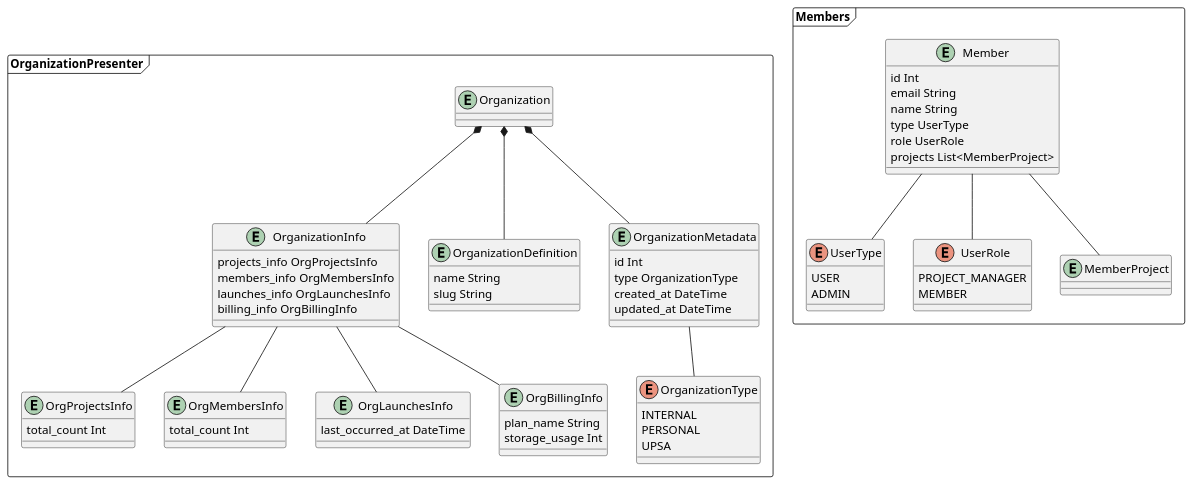
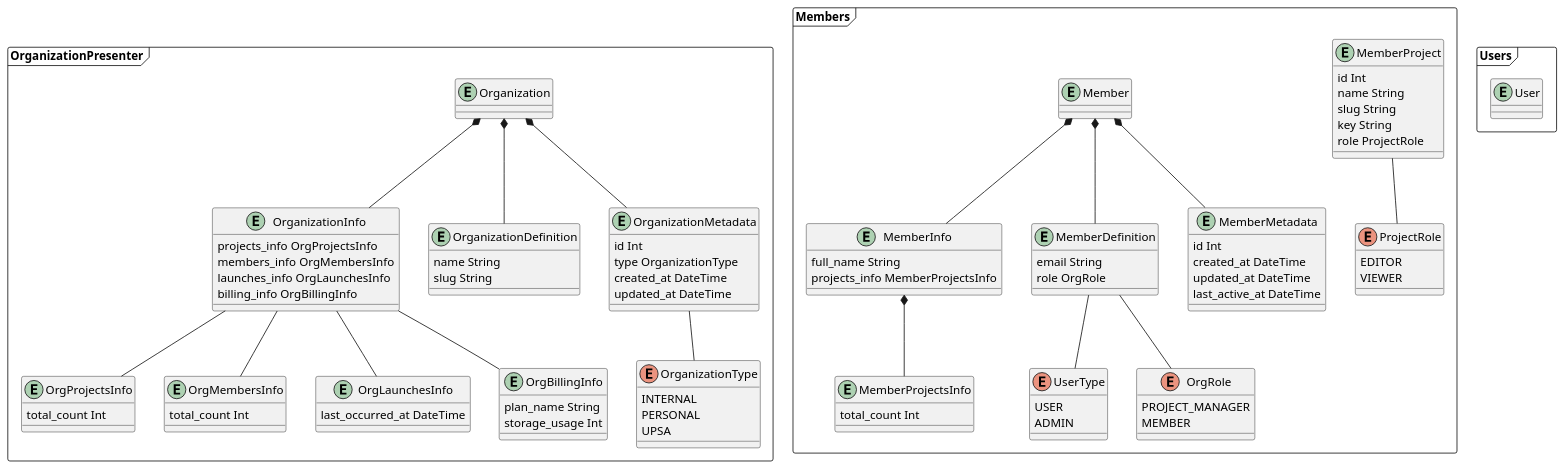
The diagram in docs/organizations/orgnizations.puml (reportportal/api-registry), drawn with PlantUML before and after one commit.

Commit message:
Refactor organization entities and add member-related entities

```diff
--- a/docs/organizations/orgnizations.puml
+++ b/docs/organizations/orgnizations.puml
@@ -5,88 +5,119 @@
 @startuml organizational-entities
 
 frame OrganizationPresenter {
-
+  entity Organization
+  
   entity OrganizationDefinition {
     name String
     slug String
   }
 
   entity OrganizationMetadata {
     id Int
     type OrganizationType
     created_at DateTime
     updated_at DateTime
   }
 
   entity OrganizationInfo {
     projects_info OrgProjectsInfo
     members_info OrgMembersInfo
     launches_info OrgLaunchesInfo
     billing_info OrgBillingInfo
   }
 
   entity OrgProjectsInfo {
     total_count Int
   }
   OrgProjectsInfo -up- OrganizationInfo
 
   entity OrgMembersInfo {
     total_count Int
   }
   OrgMembersInfo -up- OrganizationInfo
 
   entity OrgLaunchesInfo {
     last_occurred_at DateTime
   }
   OrgLaunchesInfo -up- OrganizationInfo
 
   entity OrgBillingInfo {
     plan_name String
     storage_usage Int
   }
   OrgBillingInfo -up- OrganizationInfo
 
   enum OrganizationType {
     INTERNAL
     PERSONAL
     UPSA
   }
   OrganizationMetadata -- OrganizationType
 
-  entity Organization
   Organization *-- OrganizationDefinition
   Organization *-- OrganizationMetadata
   Organization *-- OrganizationInfo
 
 }
 
 frame Members {
 
-  entity Member {
+  entity Member
+
+  entity MemberDefinition {
+    email String
+    role OrgRole
+  }
+  MemberDefinition -up-* Member
+
+  entity MemberMetadata {
     id Int
-    email String
-    name String
-    type UserType
-    role UserRole
-    projects List<MemberProject>
+    created_at DateTime
+    updated_at DateTime
+    last_active_at DateTime
   }
+  MemberMetadata -up-* Member
+
+  entity MemberInfo {
+    full_name String
+    projects_info MemberProjectsInfo
+  }
+  MemberInfo -up-* Member
 
   enum UserType {
     USER
     ADMIN
   }
-  UserType -up- Member
+  UserType -up- MemberDefinition
 
-  enum UserRole {
+  enum OrgRole {
     PROJECT_MANAGER
     MEMBER
   }
-  UserRole -up- Member
+  OrgRole -up- MemberDefinition
+
+  entity MemberProjectsInfo {
+    total_count Int
+  }
+  MemberProjectsInfo -up-* MemberInfo
 
   entity MemberProject {
+    id Int
+    name String
+    slug String
+    key String
+    role ProjectRole
   }
-  MemberProject -up- Member
 
+  enum ProjectRole {
+    EDITOR
+    VIEWER
+  }
+  ProjectRole -up- MemberProject
+}
+
+frame Users {
+  entity User 
 }
 
 @enduml
```
